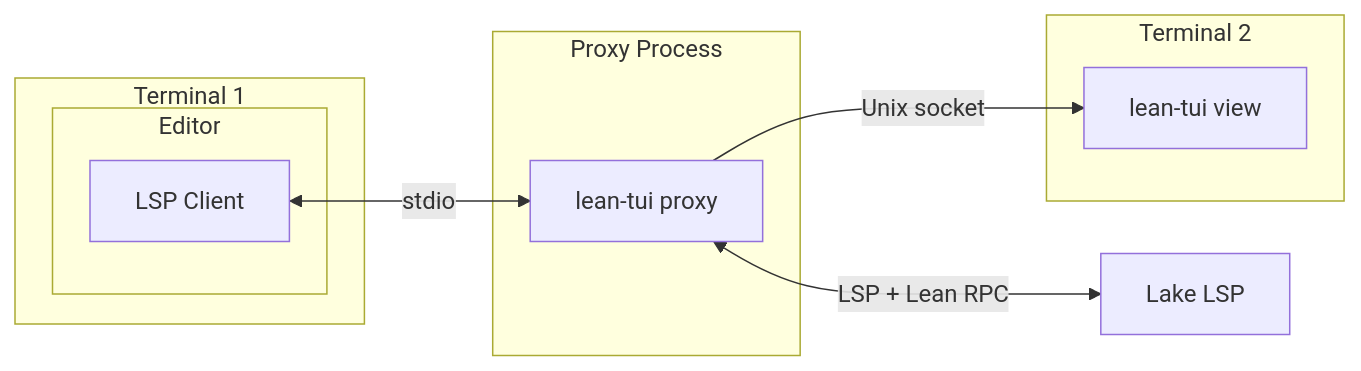
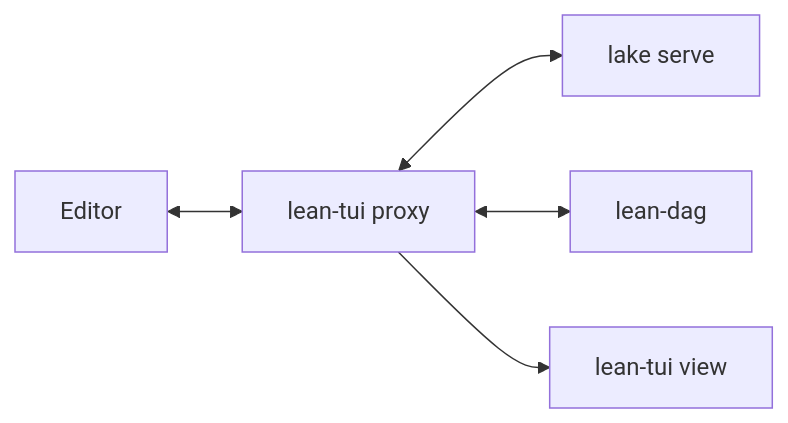
The diagram in README.md (shnarazk/lean-tui), drawn with Mermaid before and after one commit. The commit also changed other lines of this file and 36 other files, not shown here.

````diff
--- a/README.md
+++ b/README.md
@@ -162,20 +179,7 @@
 ```mermaid
 flowchart LR
-    subgraph Terminal 1
-        subgraph Editor
-            LSPClient[LSP Client]
-        end
-    end
-
-    subgraph Terminal 2
-        TUI[lean-tui view]
-    end
-
-    subgraph Proxy Process
-        Proxy[lean-tui proxy]
-    end
-
-    LSPClient <--> |stdio| Proxy
-    Proxy <--> |LSP + Lean RPC| Lake[Lake LSP]
-    Proxy --> |Unix socket| TUI
+    Editor[Editor] <--> Proxy[lean-tui proxy]
+    Proxy <--> Lake[lake serve]
+    Proxy <--> LeanDag[lean-dag]
+    Proxy --> TUI[lean-tui view]
 ```
````
